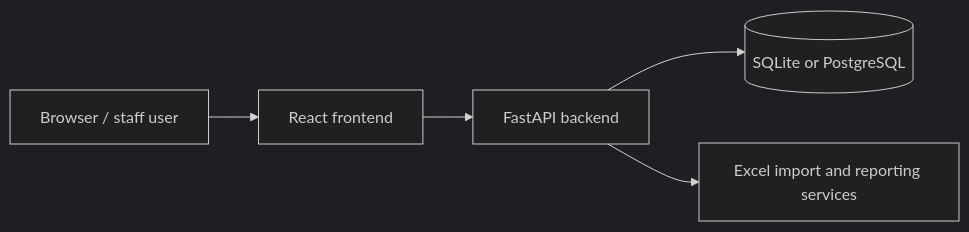
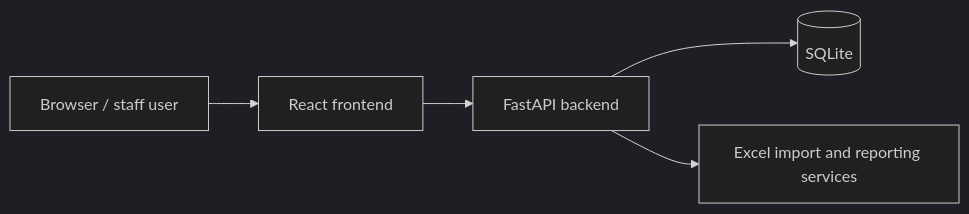
Before and after one commit to daoistmadness/operatoros: the first of 3 diagrams in README.md, drawn with Mermaid (dark theme). The commit also changed other lines of this file and 7 other files, not shown here.

Commit message:
docs(architecture): adopt SQLite-only desktop deployment

````diff
--- a/README.md
+++ b/README.md
@@ -23,13 +23,13 @@
 ```mermaid
 flowchart LR
   Browser[Browser / staff user]
   FE[React frontend]
   API[FastAPI backend]
-  DB[(SQLite or PostgreSQL)]
+  DB[(SQLite)]
   SVC[Excel import and reporting services]
 
   Browser --> FE
   FE --> API
   API --> DB
   API --> SVC
 ```
````
